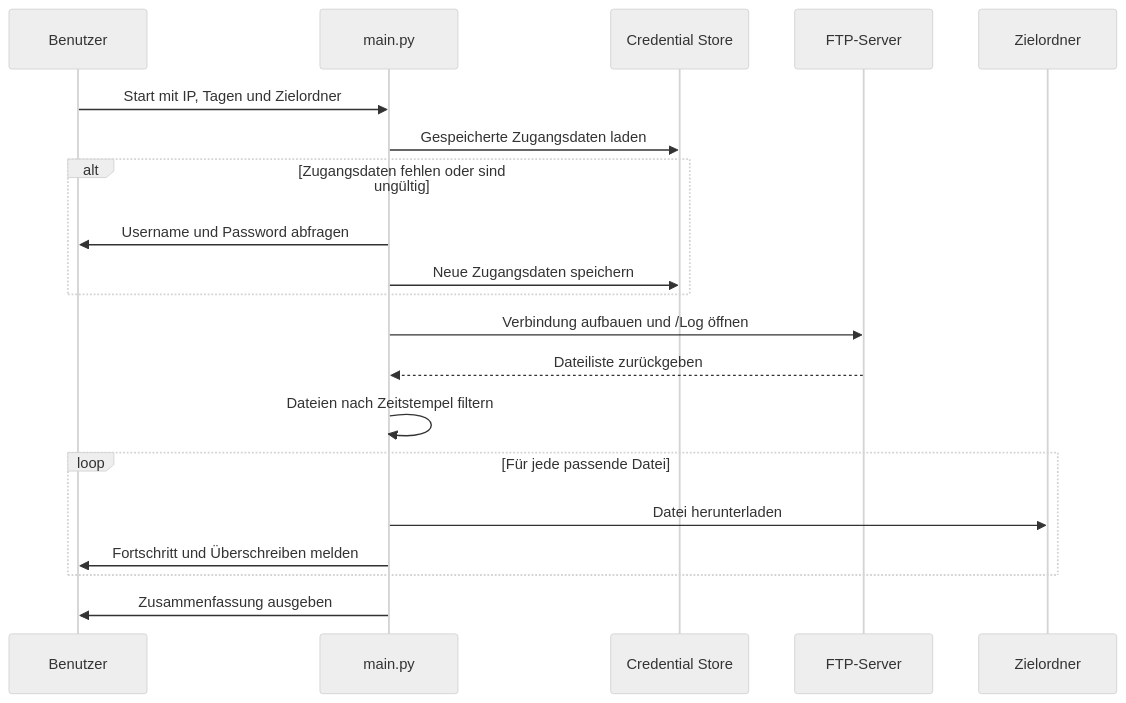
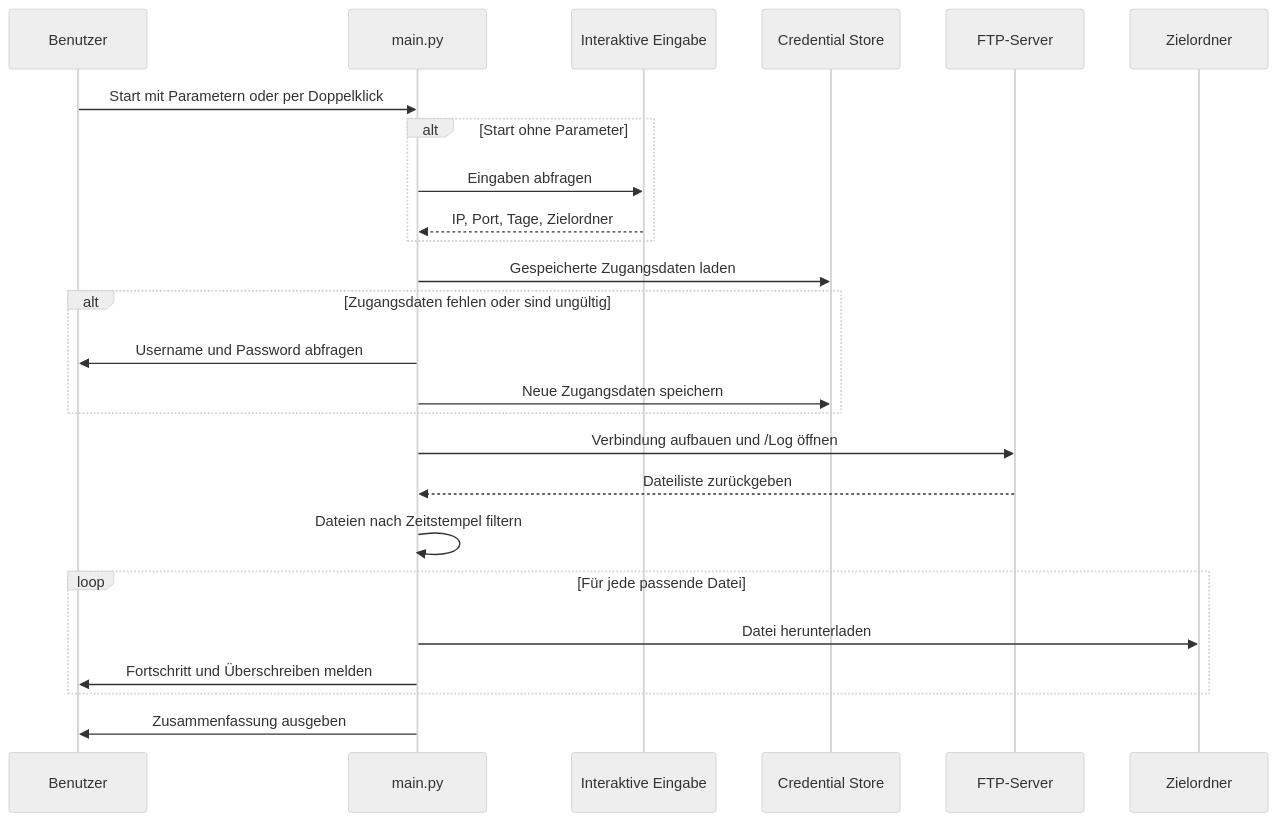
One commit to CKosAxsol/wstechLogCatcher changed the diagram in docs/flows/ftp-log-download.md. Above: the diagram before and after it, drawn with Mermaid (neutral theme). The commit also changed 8 other files, not shown here.

````diff
--- a/docs/flows/ftp-log-download.md
+++ b/docs/flows/ftp-log-download.md
@@ -3,23 +3,28 @@
 ```mermaid
 sequenceDiagram
   participant U as Benutzer
   participant M as main.py
+  participant I as Interaktive Eingabe
   participant S as Credential Store
   participant F as FTP-Server
   participant D as Zielordner
 
-  U->>M: Start mit IP, Tagen und Zielordner
+  U->>M: Start mit Parametern oder per Doppelklick
+  alt Start ohne Parameter
+    M->>I: Eingaben abfragen
+    I-->>M: IP, Port, Tage, Zielordner
+  end
   M->>S: Gespeicherte Zugangsdaten laden
   alt Zugangsdaten fehlen oder sind ungültig
     M->>U: Username und Password abfragen
     M->>S: Neue Zugangsdaten speichern
   end
   M->>F: Verbindung aufbauen und /Log öffnen
   F-->>M: Dateiliste zurückgeben
   M->>M: Dateien nach Zeitstempel filtern
   loop Für jede passende Datei
     M->>D: Datei herunterladen
     M->>U: Fortschritt und Überschreiben melden
   end
   M->>U: Zusammenfassung ausgeben
 ```
````
